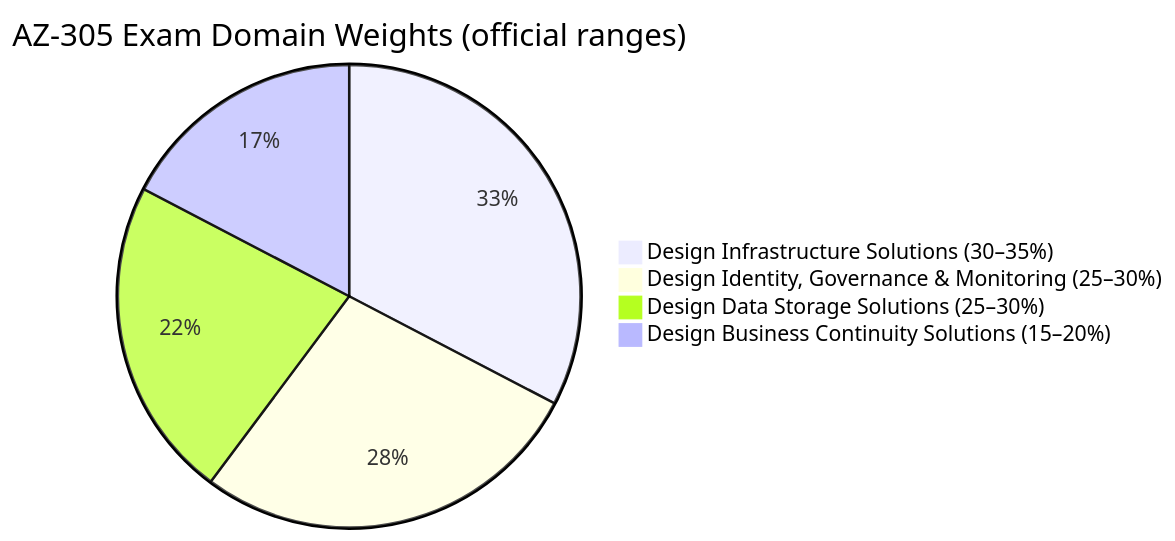
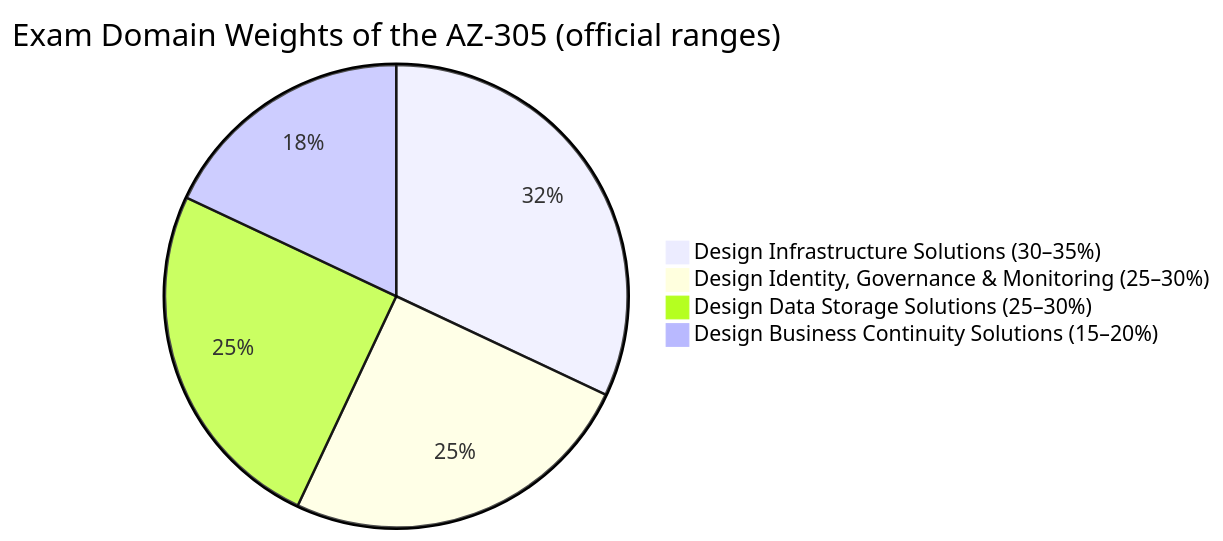
The first of 3 diagrams in README.md (marcogrimaldi29/az-305-study-notes), drawn with Mermaid before and after one commit.

Commit message:
Update README mermaid chart title and weights
Adjust the mermaid pie chart in README: change the chart title to 'Exam Domain Weights of the AZ-305 (official ranges)' and update the domain weight values to match the official ranges (Design Infrastructure Solutions 32, Design Identity/Governance/Monitoring 25, Design Data Storage Solutions 25, Design Business Continuity Solutions 18).

````diff
--- a/README.md
+++ b/README.md
@@ -33,7 +33,7 @@
 ```mermaid
-pie title AZ-305 Exam Domain Weights (official ranges)
+pie title Exam Domain Weights of the AZ-305 (official ranges)
     "Design Infrastructure Solutions (30–35%)" : 32
-    "Design Identity, Governance & Monitoring (25–30%)" : 27
-    "Design Data Storage Solutions (25–30%)" : 22
-    "Design Business Continuity Solutions (15–20%)" : 17
+    "Design Identity, Governance & Monitoring (25–30%)" : 25
+    "Design Data Storage Solutions (25–30%)" : 25
+    "Design Business Continuity Solutions (15–20%)" : 18
 ```
````
